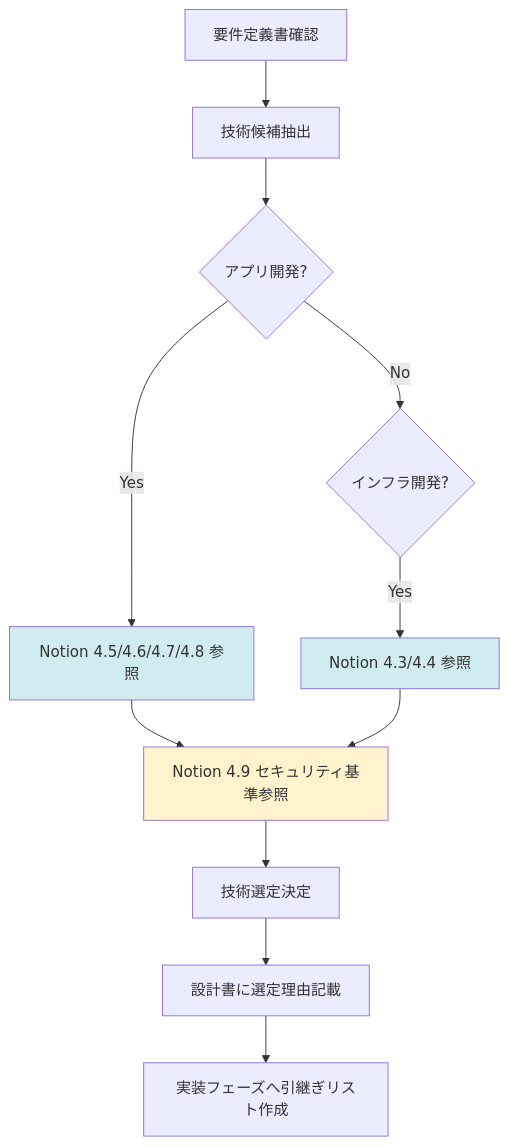
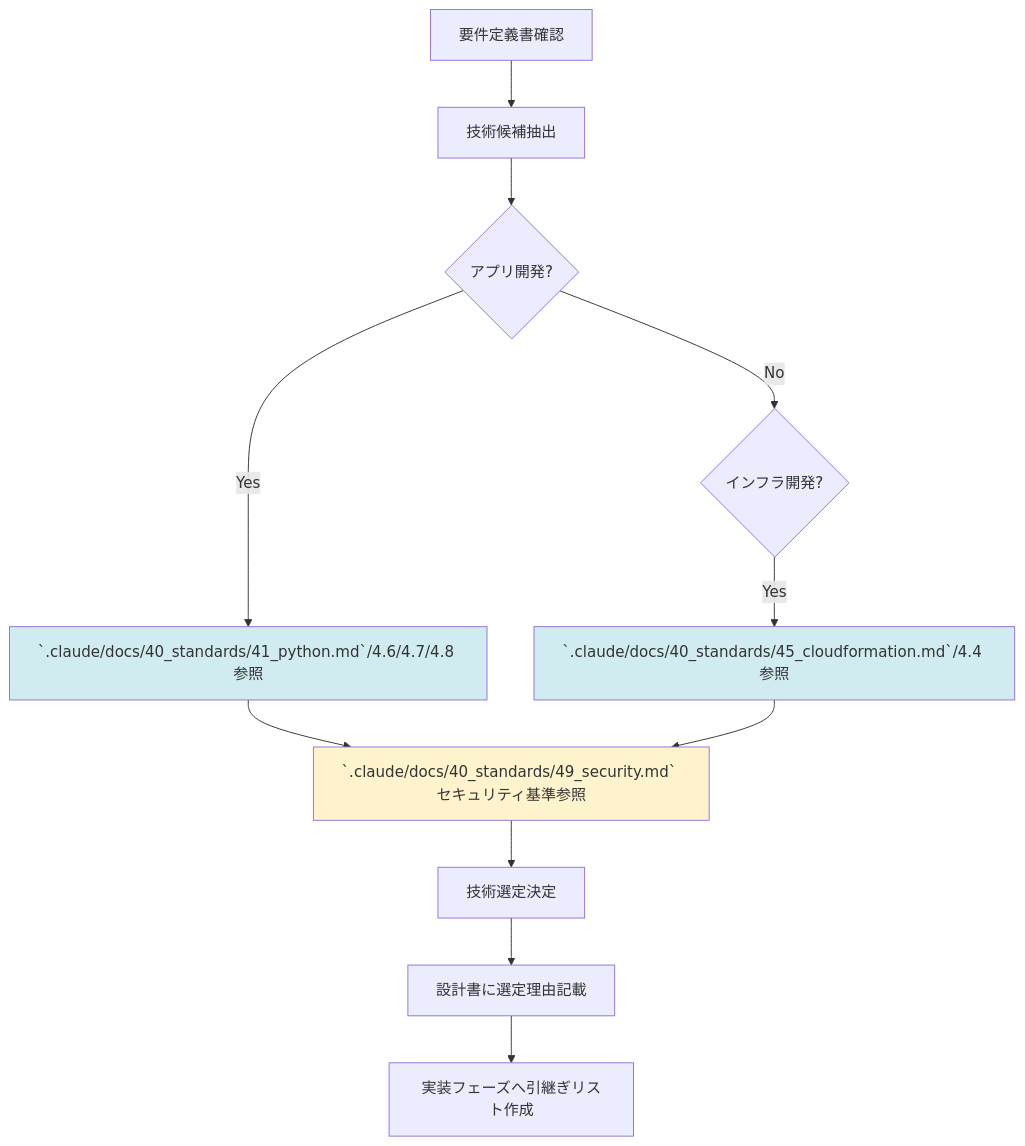
Before and after one commit to k-tanaka-522/aidev: the diagram in .claude/docs/10_facilitation/2.3_設計フェーズ/INDEX.md, drawn with Mermaid. The commit also changed other lines of this file and 21 other files, not shown here.

````diff
--- a/.claude/docs/10_facilitation/2.3_設計フェーズ/INDEX.md
+++ b/.claude/docs/10_facilitation/2.3_設計フェーズ/INDEX.md
@@ -389,21 +389,21 @@
 ```mermaid
 flowchart TB
     A[要件定義書確認] --> B[技術候補抽出]
     B --> C{アプリ開発?}
 
-    C -->|Yes| D[Notion 4.5/4.6/4.7/4.8 参照]
+    C -->|Yes| D[`.claude/docs/40_standards/41_python.md`/4.6/4.7/4.8 参照]
     C -->|No| E{インフラ開発?}
 
-    E -->|Yes| F[Notion 4.3/4.4 参照]
+    E -->|Yes| F[`.claude/docs/40_standards/45_cloudformation.md`/4.4 参照]
 
-    D --> G[Notion 4.9 セキュリティ基準参照]
+    D --> G[`.claude/docs/40_standards/49_security.md` セキュリティ基準参照]
     F --> G
 
     G --> H[技術選定決定]
     H --> I[設計書に選定理由記載]
     I --> J[実装フェーズへ引継ぎリスト作成]
 
     style G fill:#fff3cd
     style D fill:#d1ecf1
     style F fill:#d1ecf1
 ```
````
